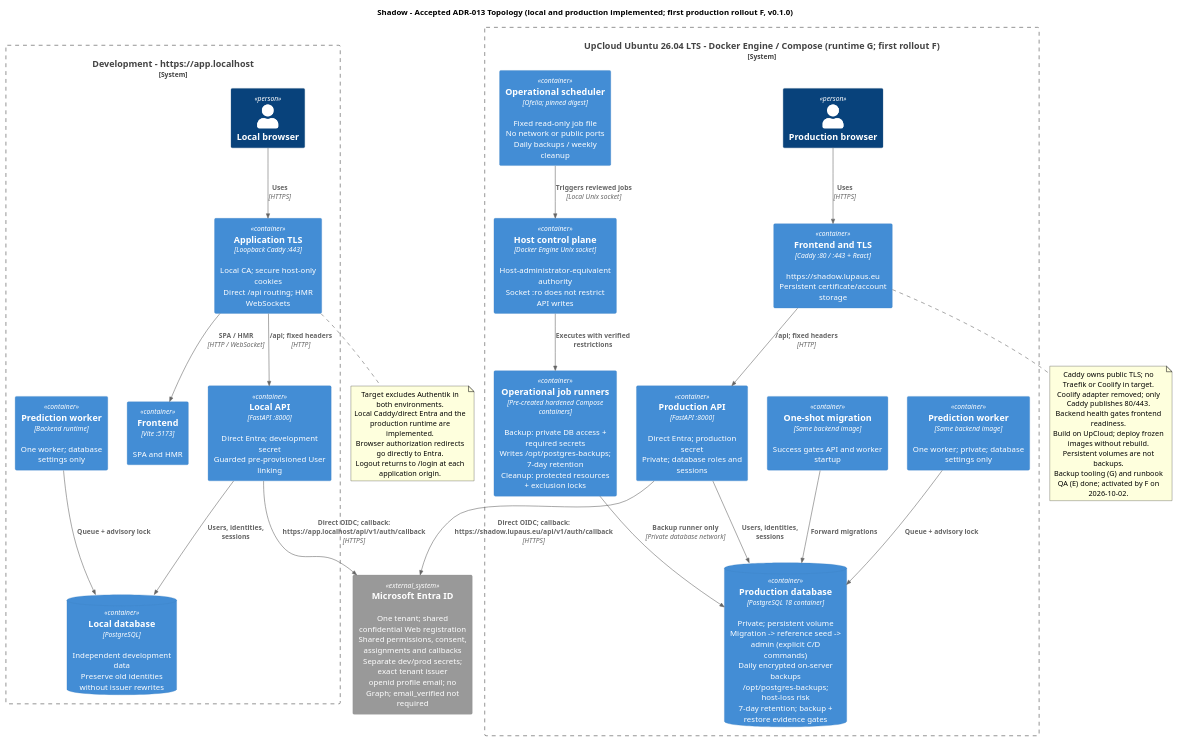
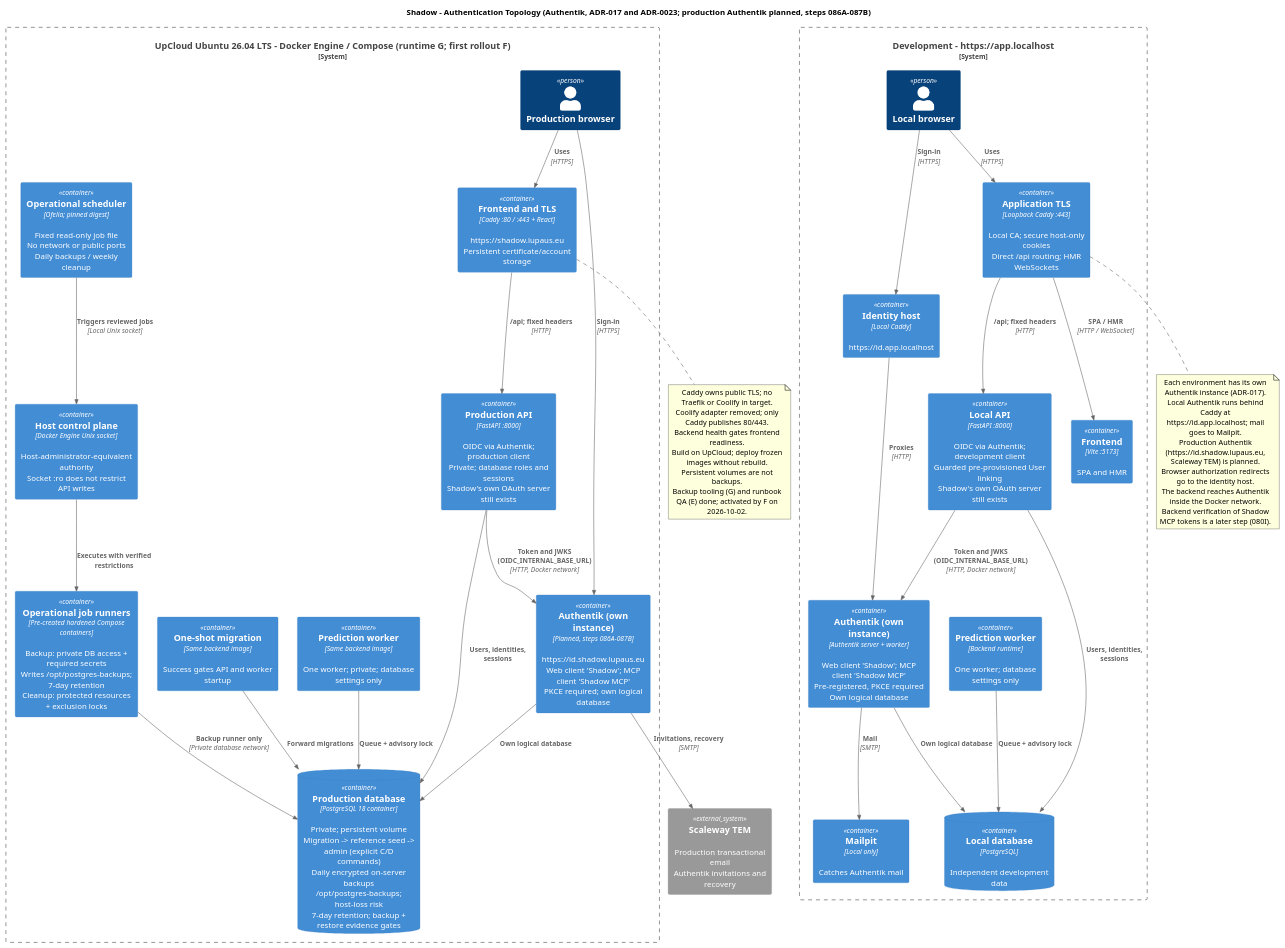
The diagram in docs/architecture/diagrams/component-authentication-topology.puml (lupaus-eu/shadow), drawn with PlantUML before and after one commit. The commit also changed 45 other files, not shown here.

First line of the commit message:
feat: remove Microsoft Entra (authentik-sign-in 05)

```diff
--- a/docs/architecture/diagrams/component-authentication-topology.puml
+++ b/docs/architecture/diagrams/component-authentication-topology.puml
@@ -1,61 +1,74 @@
 @startuml
 !include <C4/C4_Container>
-title Shadow - Accepted ADR-013 Topology (local and production implemented; first production rollout F, v0.1.0)
+title Shadow - Authentication Topology (Authentik, ADR-017 and ADR-0023; production Authentik planned, steps 086A-087B)
 
-System_Ext(entra, "Microsoft Entra ID", "One tenant; shared confidential Web registration\nShared permissions, consent, assignments and callbacks\nSeparate dev/prod secrets; exact tenant issuer\nopenid profile email; no Graph; email_verified not required")
+System_Ext(mail_prod, "Scaleway TEM", "Production transactional email\nAuthentik invitations and recovery")
 
 System_Boundary(local, "Development - https://app.localhost") {
   Person(local_browser, "Local browser")
   Container(app_tls, "Application TLS", "Loopback Caddy :443", "Local CA; secure host-only cookies\nDirect /api routing; HMR WebSockets")
   Container(vite, "Frontend", "Vite :5173", "SPA and HMR")
-  Container(local_api, "Local API", "FastAPI :8000", "Direct Entra; development secret\nGuarded pre-provisioned User linking")
+  Container(id_tls, "Identity host", "Local Caddy", "https://id.app.localhost")
+  Container(local_authentik, "Authentik (own instance)", "Authentik server + worker", "Web client 'Shadow'; MCP client 'Shadow MCP'\nPre-registered, PKCE required\nOwn logical database")
+  Container(mailpit, "Mailpit", "Local only", "Catches Authentik mail")
+  Container(local_api, "Local API", "FastAPI :8000", "OIDC via Authentik; development client\nGuarded pre-provisioned User linking\nShadow's own OAuth server still exists")
   Container(local_worker, "Prediction worker", "Backend runtime", "One worker; database settings only")
-  ContainerDb(local_db, "Local database", "PostgreSQL", "Independent development data\nPreserve old identities without issuer rewrites")
+  ContainerDb(local_db, "Local database", "PostgreSQL", "Independent development data")
 
   Rel(local_browser, app_tls, "Uses", "HTTPS")
   Rel(app_tls, vite, "SPA / HMR", "HTTP / WebSocket")
   Rel(app_tls, local_api, "/api; fixed headers", "HTTP")
   Rel(local_api, local_db, "Users, identities, sessions")
   Rel(local_worker, local_db, "Queue + advisory lock")
+  Rel(local_browser, id_tls, "Sign-in", "HTTPS")
+  Rel(id_tls, local_authentik, "Proxies", "HTTP")
+  Rel(local_authentik, local_db, "Own logical database")
+  Rel(local_authentik, mailpit, "Mail", "SMTP")
+  Rel(local_api, local_authentik, "Token and JWKS (OIDC_INTERNAL_BASE_URL)", "HTTP, Docker network")
 }
 
 System_Boundary(prod, "UpCloud Ubuntu 26.04 LTS - Docker Engine / Compose (runtime G; first rollout F)") {
   Person(prod_browser, "Production browser")
   Container(caddy, "Frontend and TLS", "Caddy :80 / :443 + React", "https://shadow.lupaus.eu\nPersistent certificate/account storage")
-  Container(prod_api, "Production API", "FastAPI :8000", "Direct Entra; production secret\nPrivate; database roles and sessions")
+  Container(prod_id, "Authentik (own instance)", "Planned, steps 086A-087B", "https://id.shadow.lupaus.eu\nWeb client 'Shadow'; MCP client 'Shadow MCP'\nPKCE required; own logical database")
+  Container(prod_api, "Production API", "FastAPI :8000", "OIDC via Authentik; production client\nPrivate; database roles and sessions\nShadow's own OAuth server still exists")
   Container(prod_worker, "Prediction worker", "Same backend image", "One worker; private; database settings only")
   Container(migration, "One-shot migration", "Same backend image", "Success gates API and worker startup")
   Container(ofelia, "Operational scheduler", "Ofelia; pinned digest", "Fixed read-only job file\nNo network or public ports\nDaily backups / weekly cleanup")
   Container(docker_api, "Host control plane", "Docker Engine Unix socket", "Host-administrator-equivalent authority\nSocket :ro does not restrict API writes")
   Container(ops_jobs, "Operational job runners", "Pre-created hardened Compose containers", "Backup: private DB access + required secrets\nWrites /opt/postgres-backups; 7-day retention\nCleanup: protected resources + exclusion locks")
   ContainerDb(prod_db, "Production database", "PostgreSQL 18 container", "Private; persistent volume\nMigration -> reference seed -> admin (explicit C/D commands)\nDaily encrypted on-server backups\n/opt/postgres-backups; host-loss risk\n7-day retention; backup + restore evidence gates")
 
   Rel(prod_browser, caddy, "Uses", "HTTPS")
   Rel(caddy, prod_api, "/api; fixed headers", "HTTP")
   Rel(prod_api, prod_db, "Users, identities, sessions")
   Rel(prod_worker, prod_db, "Queue + advisory lock")
+  Rel(prod_browser, prod_id, "Sign-in", "HTTPS")
+  Rel(prod_api, prod_id, "Token and JWKS (OIDC_INTERNAL_BASE_URL)", "HTTP, Docker network")
+  Rel(prod_id, prod_db, "Own logical database")
   Rel(migration, prod_db, "Forward migrations")
   Rel(ofelia, docker_api, "Triggers reviewed jobs", "Local Unix socket")
   Rel(docker_api, ops_jobs, "Executes with verified restrictions")
   Rel(ops_jobs, prod_db, "Backup runner only", "Private database network")
 }
 
-Rel(local_api, entra, "Direct OIDC; callback:\nhttps://app.localhost/api/v1/auth/callback", "HTTPS")
-Rel(prod_api, entra, "Direct OIDC; callback:\nhttps://shadow.lupaus.eu/api/v1/auth/callback", "HTTPS")
+Rel(prod_id, mail_prod, "Invitations, recovery", "SMTP")
 
 note bottom of app_tls
-  Target excludes Authentik in both environments.
-  Local Caddy/direct Entra and the production runtime are implemented.
-  Browser authorization redirects go directly to Entra.
-  Logout returns to /login at each application origin.
+  Each environment has its own Authentik instance (ADR-017).
+  Local Authentik runs behind Caddy at https://id.app.localhost; mail goes to Mailpit.
+  Production Authentik (https://id.shadow.lupaus.eu, Scaleway TEM) is planned.
+  Browser authorization redirects go to the identity host.
+  The backend reaches Authentik inside the Docker network.
+  Backend verification of Shadow MCP tokens is a later step (080I).
 end note
 
 note bottom of caddy
   Caddy owns public TLS; no Traefik or Coolify in target.
   Coolify adapter removed; only Caddy publishes 80/443.
   Backend health gates frontend readiness.
   Build on UpCloud; deploy frozen images without rebuild.
   Persistent volumes are not backups.
   Backup tooling (G) and runbook QA (E) done; activated by F on 2026-10-02.
 end note
 @enduml
```
